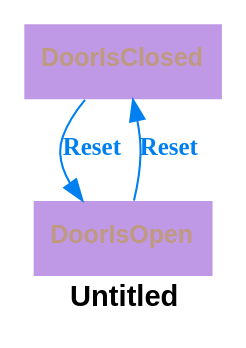
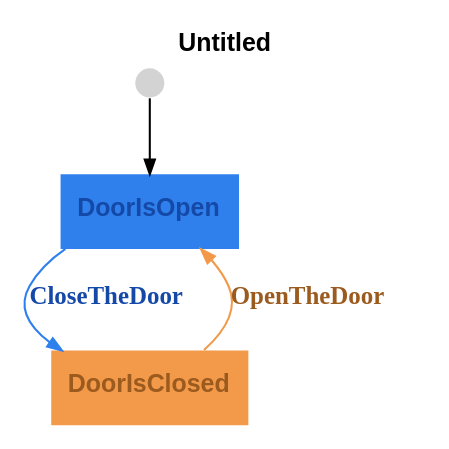
Before and after one commit to m-bock/purescript-transit: the diagram in graphs/door-graph.dot, drawn with Graphviz. The commit also changed 10 other files, not shown here.

```diff
--- a/graphs/door-graph.dot
+++ b/graphs/door-graph.dot
@@ -1,8 +1,10 @@
 digraph 
 {
-rankdir = "TD";fontname = "Arial";label = <<b>Untitled</b>>
-DoorIsClosed [shape = "box", label = <<b>DoorIsClosed</b>>, fontsize = 12, style = "filled", fillcolor = "#bf99e6", fontcolor = "#bf9980", fontname = "Arial", labelloc = "c", penwidth = 0.0]
-DoorIsOpen [shape = "box", label = <<b>DoorIsOpen</b>>, fontsize = 12, style = "filled", fillcolor = "#bf99e6", fontcolor = "#bf9980", fontname = "Arial", labelloc = "c", penwidth = 0.0]
-DoorIsClosed -> DoorIsOpen [label = <<b>Reset</b>>, fontcolor = "#0080f0", fontsize = 12, color = "#0080f0"]
-DoorIsOpen -> DoorIsClosed [label = <<b>Reset</b>>, fontcolor = "#0080f0", fontsize = 12, color = "#0080f0"]
+rankdir = "TD";fontname = "Arial";label = <<b>Untitled</b>>;labelloc = "t";fontsize = 12
+DoorIsOpen [shape = "box", label = <<b>DoorIsOpen</b>>, fontsize = 12, style = "filled", fillcolor = "#2f80ed", fontcolor = "#1449a8", fontname = "Arial", labelloc = "c", penwidth = 0.0]
+__Start__ [shape = "circle", label = "", width = 0.2, height = 0.2, fixedsize = true, style = "filled", penwidth = 0.0]
+__Start__ -> DoorIsOpen [arrowsize = "0.7"]
+DoorIsOpen -> DoorIsClosed [label = <<b>CloseTheDoor</b>>, fontcolor = "#1449a8", color = "#2f80ed", fontsize = 12, arrowsize = "0.7"]
+DoorIsClosed [shape = "box", label = <<b>DoorIsClosed</b>>, fontsize = 12, style = "filled", fillcolor = "#f2994a", fontcolor = "#9b5a1e", fontname = "Arial", labelloc = "c", penwidth = 0.0]
+DoorIsClosed -> DoorIsOpen [label = <<b>OpenTheDoor</b>>, fontcolor = "#9b5a1e", color = "#f2994a", fontsize = 12, arrowsize = "0.7"]
 }
```
